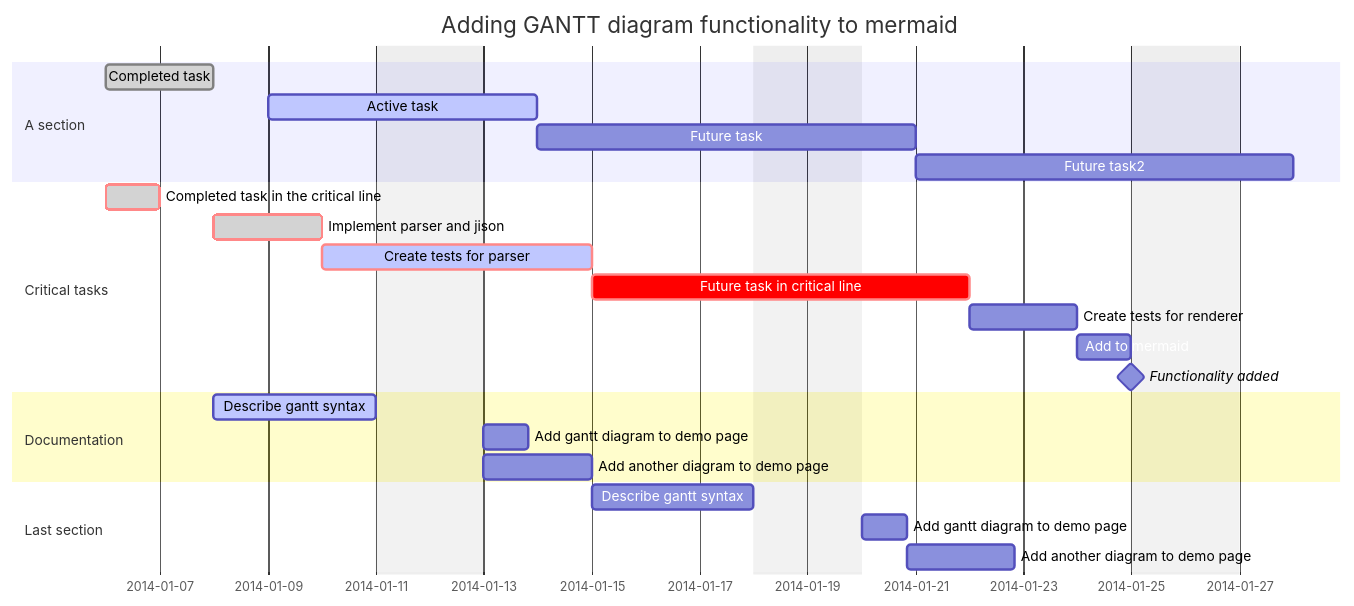
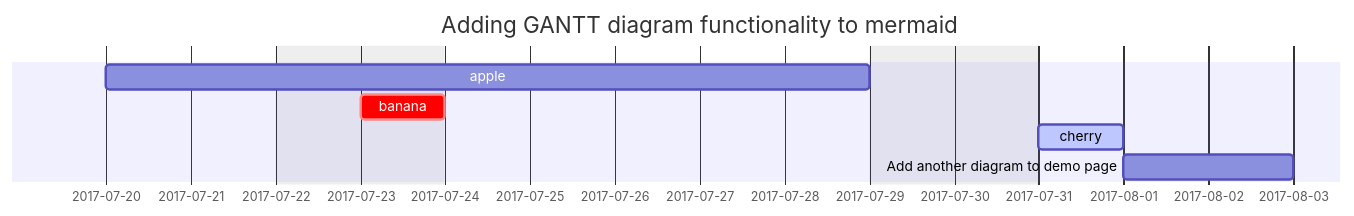
Before and after one commit to cmsc-vcu/cmsc508-fa2023-prj-traveldatabase-group: the second of 2 diagrams in DatabaseDesign.qmd, drawn with Mermaid.

Commit message:
Temp schedule

````diff
--- a/DatabaseDesign.qmd
+++ b/DatabaseDesign.qmd
@@ -346,32 +346,12 @@
 ```{mermaid}
 gantt
   dateFormat  YYYY-MM-DD
     title       Adding GANTT diagram functionality to mermaid
     excludes    weekends
     %% (`excludes` accepts specific dates in YYYY-MM-DD format, days of the week ("sunday") or "weekends", but not the word "weekdays".)
 
-    section A section
-    Completed task            :done,    des1, 2014-01-06,2014-01-08
-    Active task               :active,  des2, 2014-01-09, 3d
-    Future task               :         des3, after des2, 5d
-    Future task2              :         des4, after des3, 5d
-
-    section Critical tasks
-    Completed task in the critical line :crit, done, 2014-01-06,24h
-    Implement parser and jison          :crit, done, after des1, 2d
-    Create tests for parser             :crit, active, 3d
-    Future task in critical line        :crit, 5d
-    Create tests for renderer           :2d
-    Add to mermaid                      :1d
-    Functionality added                 :milestone, 2014-01-25, 0d
-
-    section Documentation
-    Describe gantt syntax               :active, a1, after des1, 3d
-    Add gantt diagram to demo page      :after a1  , 20h
-    Add another diagram to demo page    :doc1, after a1  , 48h
-
-    section Last section
-    Describe gantt syntax               :after doc1, 3d
-    Add gantt diagram to demo page      :20h
+    apple :a, 2017-07-20, 1w
+    banana :crit, b, 2017-07-23, 1d
+    cherry :active, c, after b a, 1d
     Add another diagram to demo page    :48h
   ```
````
